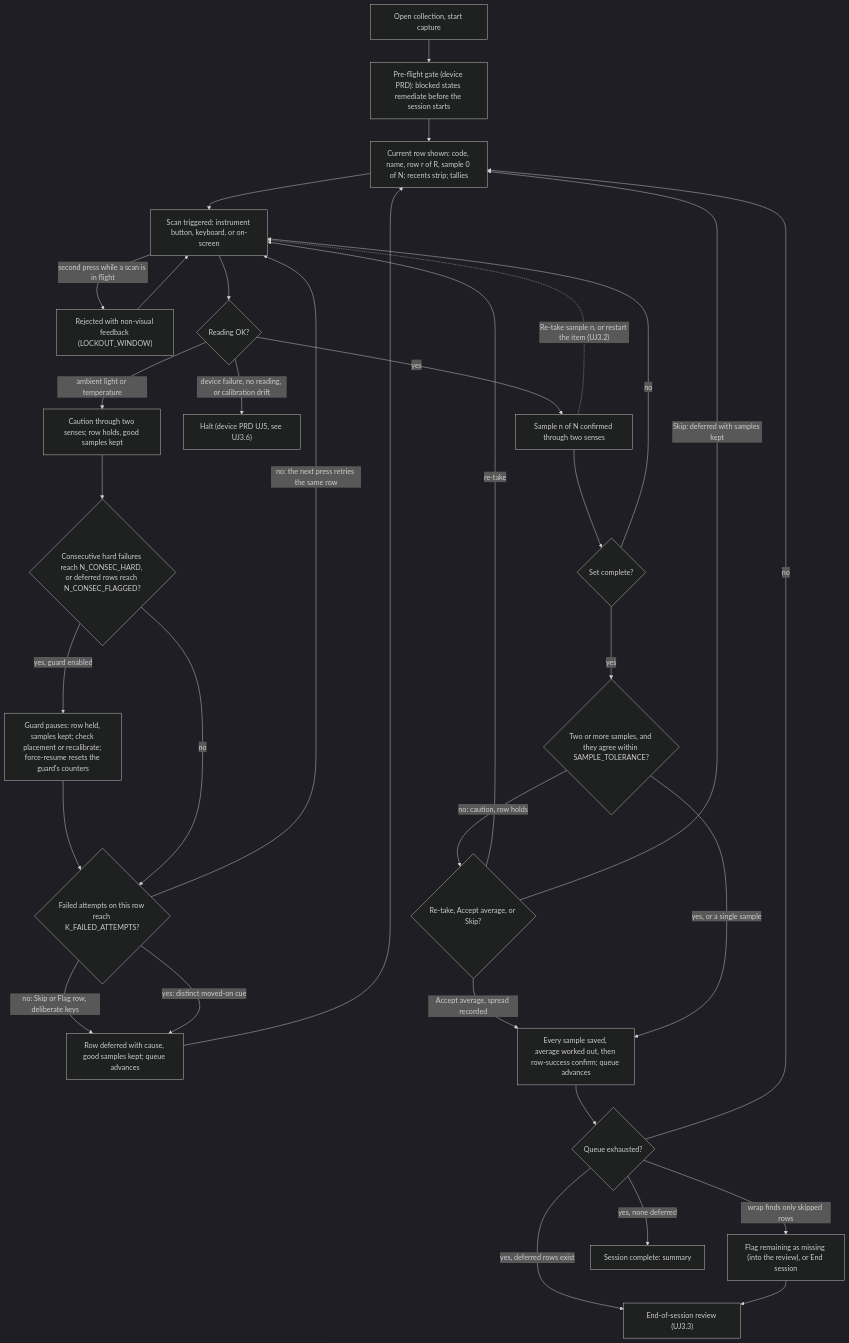
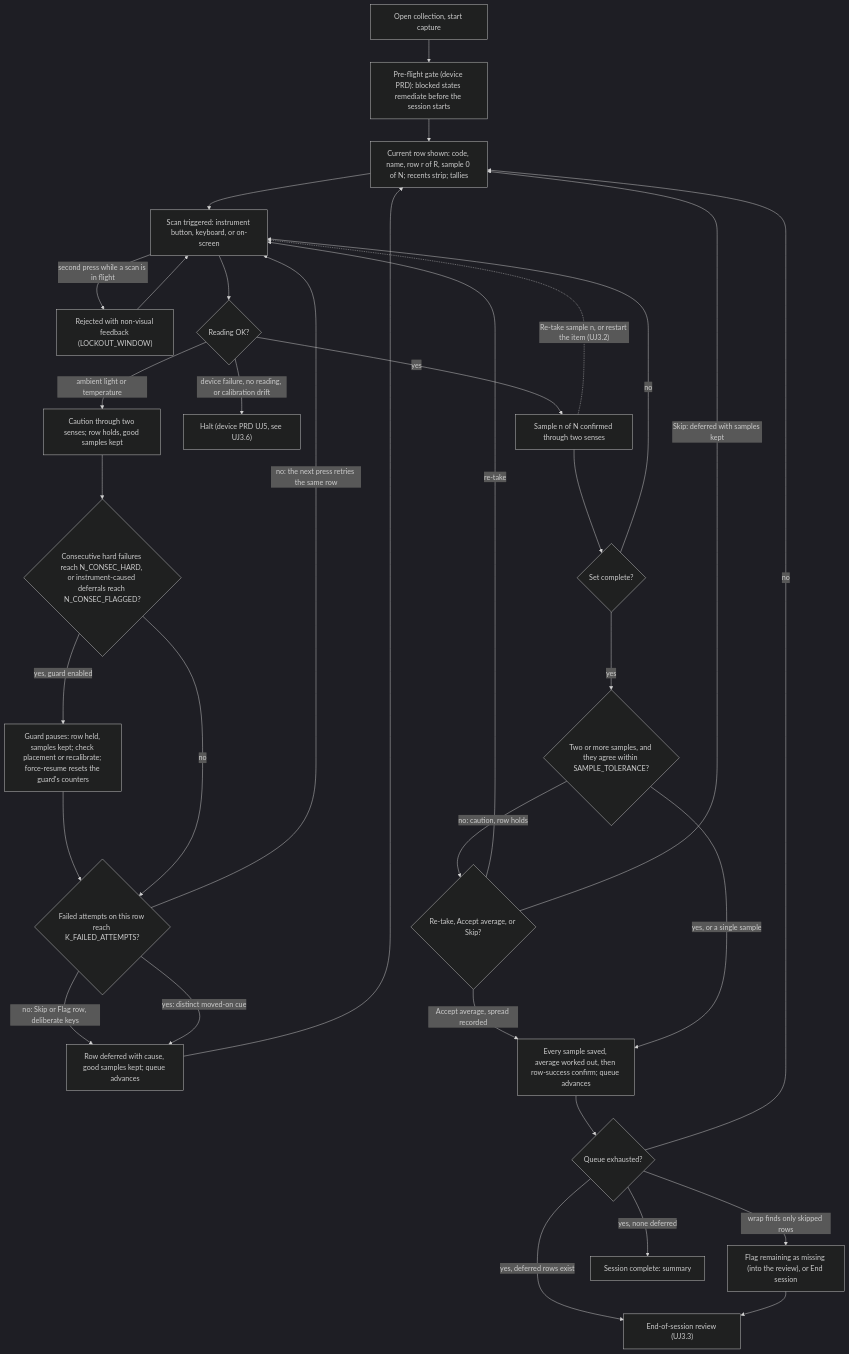
Before and after one commit to vinnyp/spectro-capture: the fourth of 6 diagrams in docs/product/prd-capture-mode.md, drawn with Mermaid (dark theme). The commit also changed other lines of this file and 1 other file, not shown here.

````diff
--- a/docs/product/prd-capture-mode.md
+++ b/docs/product/prd-capture-mode.md
@@ -333,35 +333,35 @@
 ```mermaid
 flowchart TD
     A["Open collection, start capture"] --> B["Pre-flight gate (device PRD): blocked states remediate before the session starts"]
     B --> C["Current row shown: code, name, row r of R, sample 0 of N; recents strip; tallies"]
     C --> D["Scan triggered: instrument button, keyboard, or on-screen"]
     D -- "second press while a scan is in flight" --> D1["Rejected with non-visual feedback (LOCKOUT_WINDOW)"]
     D1 --> D
     D --> E{Reading OK?}
     E -- "ambient light or temperature" --> F["Caution through two senses; row holds, good samples kept"]
-    F --> K{"Consecutive hard failures reach N_CONSEC_HARD, or deferred rows reach N_CONSEC_FLAGGED?"}
+    F --> K{"Consecutive hard failures reach N_CONSEC_HARD, or instrument-caused deferrals reach N_CONSEC_FLAGGED?"}
     K -- "yes, guard enabled" --> L["Guard pauses: row held, samples kept; check placement or recalibrate; force-resume resets the guard's counters"]
     L --> F2
     K -- no --> F2{"Failed attempts on this row reach K_FAILED_ATTEMPTS?"}
     F2 -- "no: the next press retries the same row" --> D
     F2 -- "no: Skip or Flag row, deliberate keys" --> F3["Row deferred with cause, good samples kept; queue advances"]
     F2 -- "yes: distinct moved-on cue" --> F3
     F3 --> C
     E -- "device failure, no reading, or calibration drift" --> X["Halt (device PRD UJ5, see UJ3.6)"]
     E -- yes --> G["Sample n of N confirmed through two senses"]
     G --> H{Set complete?}
     H -- no --> D
     G -. "Re-take sample n, or restart the item (UJ3.2)" .-> D
     H -- yes --> I{"Two or more samples, and they agree within SAMPLE_TOLERANCE?"}
     I -- "no: caution, row holds" --> I1{"Re-take, Accept average, or Skip?"}
     I1 -- "re-take" --> D
     I1 -- "Accept average, spread recorded" --> J
     I1 -- "Skip: deferred with samples kept" --> C
     I -- "yes, or a single sample" --> J["Every sample saved, average worked out, then row-success confirm; queue advances"]
     J --> M{Queue exhausted?}
     M -- no --> C
     M -- "yes, deferred rows exist" --> N["End-of-session review (UJ3.3)"]
     M -- "wrap finds only skipped rows" --> N2["Flag remaining as missing (into the review), or End session"]
     N2 --> N
     M -- "yes, none deferred" --> O["Session complete: summary"]
 ```
````
